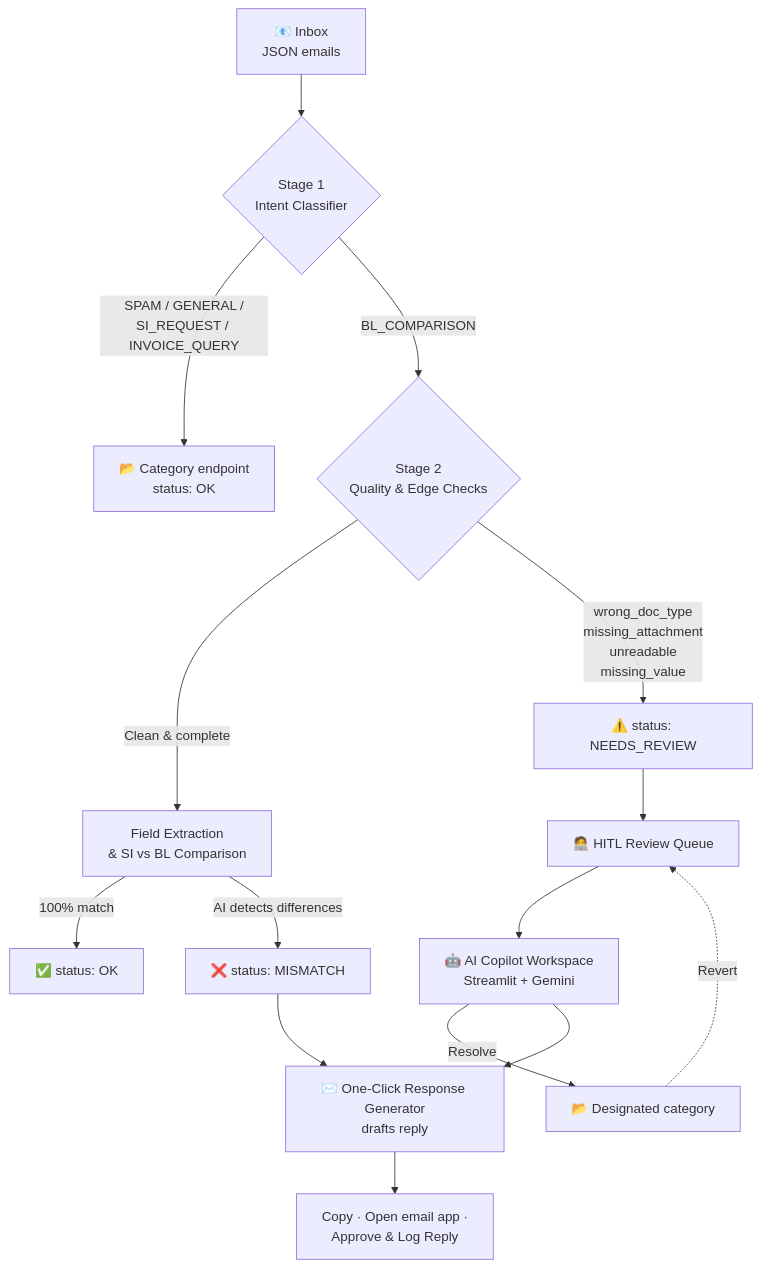
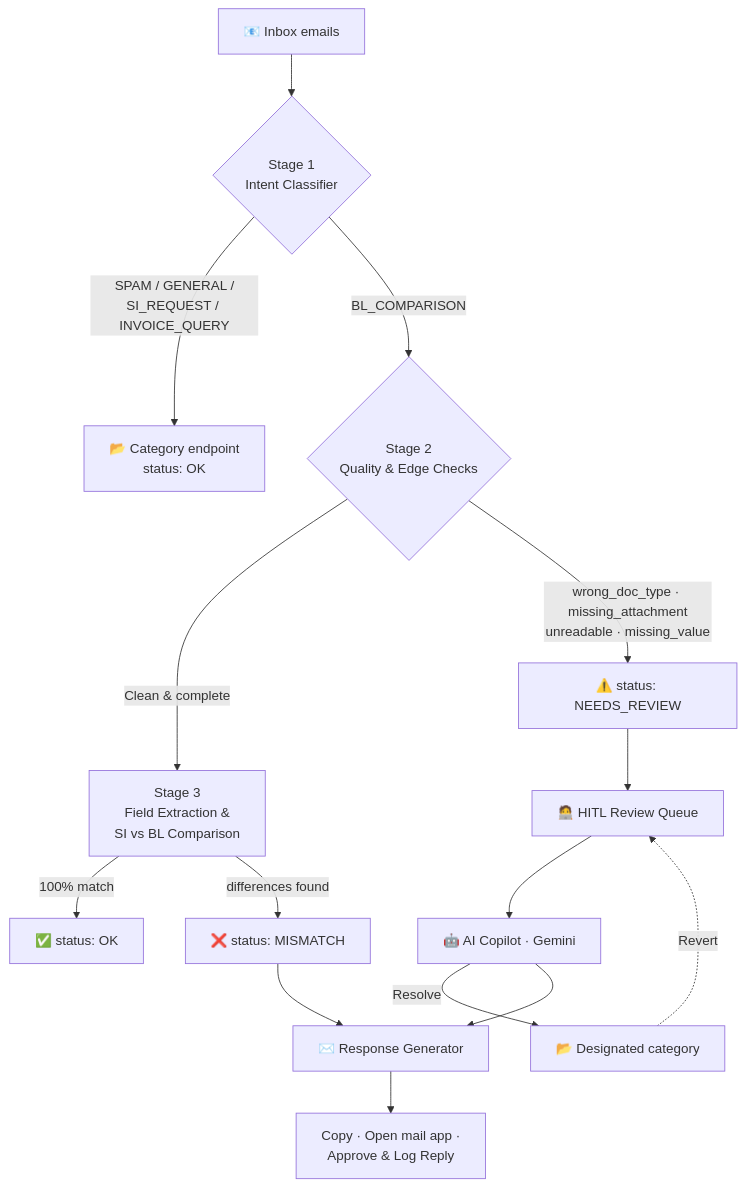
Before and after one commit to nishtwowhoo/sdoc-shipping-document-verifier: the second of 2 diagrams in README.md, drawn with Mermaid. The commit also changed other lines of this file, not shown here.

````diff
--- a/README.md
+++ b/README.md
@@ -167,17 +119,17 @@
 ```mermaid
 flowchart TD
-    A[📧 Inbox<br/>JSON emails] --> B{Stage 1<br/>Intent Classifier}
+    A[📧 Inbox emails] --> B{Stage 1<br/>Intent Classifier}
     B -->|SPAM / GENERAL /<br/>SI_REQUEST / INVOICE_QUERY| E1[📂 Category endpoint<br/>status: OK]
     B -->|BL_COMPARISON| C{Stage 2<br/>Quality & Edge Checks}
-    C -->|Clean & complete| D[Field Extraction<br/>& SI vs BL Comparison]
+    C -->|Clean & complete| D[Stage 3<br/>Field Extraction &<br/>SI vs BL Comparison]
     D -->|100% match| OK[✅ status: OK]
-    D -->|AI detects differences| MM[❌ status: MISMATCH]
-    C -->|wrong_doc_type<br/>missing_attachment<br/>unreadable<br/>missing_value| NR[⚠️ status: NEEDS_REVIEW]
+    D -->|differences found| MM[❌ status: MISMATCH]
+    C -->|wrong_doc_type · missing_attachment<br/>unreadable · missing_value| NR[⚠️ status: NEEDS_REVIEW]
     NR --> Q[🧑‍💻 HITL Review Queue]
-    Q --> H[🤖 AI Copilot Workspace<br/>Streamlit + Gemini]
+    Q --> H[🤖 AI Copilot · Gemini]
     H -->|Resolve| R[📂 Designated category]
     R -.->|Revert| Q
-    MM --> G[✉️ One-Click Response Generator<br/>drafts reply]
+    MM --> G[✉️ Response Generator]
     H --> G
-    G --> BTN[Copy · Open email app ·<br/>Approve & Log Reply]
+    G --> BTN[Copy · Open mail app ·<br/>Approve & Log Reply]
 ```
````
